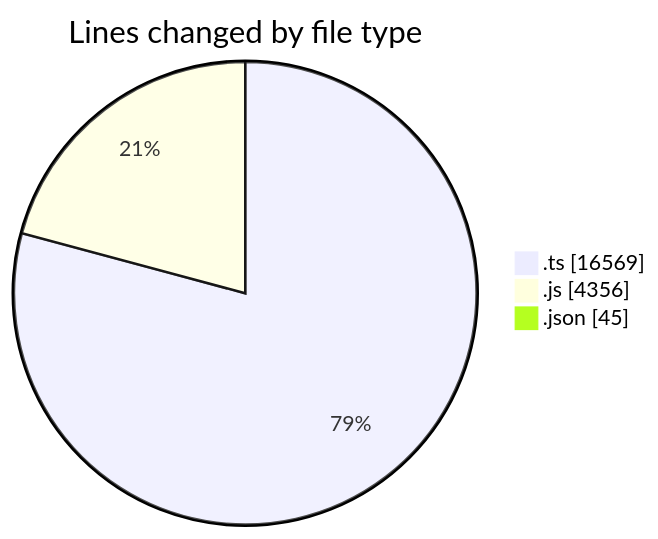
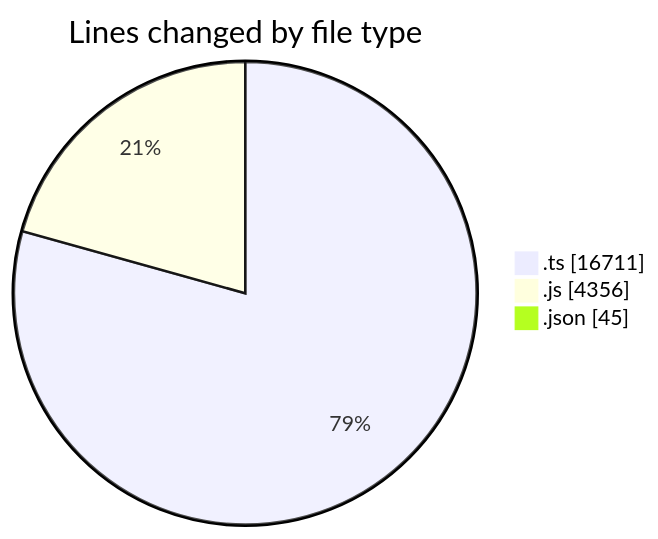
One commit to momahboobian/code-tracking changed the first of 2 diagrams in 2025-07-29/cda/README.md. Above: the diagram before and after it, drawn with Mermaid. The commit also changed other lines of this file and 1 other file, not shown here.

````diff
--- a/2025-07-29/cda/README.md
+++ b/2025-07-29/cda/README.md
@@ -30,7 +30,7 @@
 ```mermaid
 pie showData
 title Lines changed by file type
-".ts" : 16569
+".ts" : 16711
 ".js" : 4356
 ".json" : 45
 ```
````
